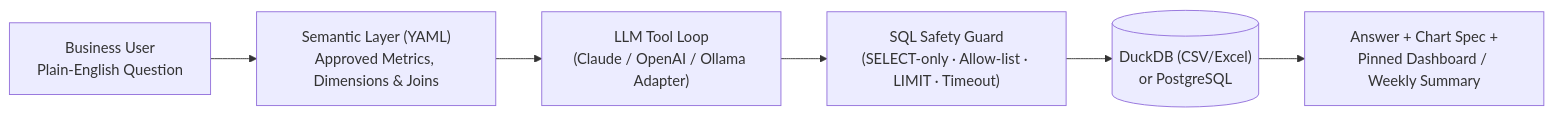
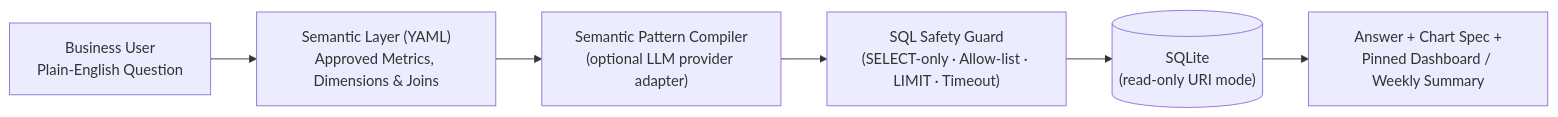
The diagram in products/bi-operations-agent/README.md (ikebude/ai-ml-data-engineering), drawn with Mermaid before and after one commit. The commit also changed other lines of this file and 5 other files, not shown here.

````diff
--- a/products/bi-operations-agent/README.md
+++ b/products/bi-operations-agent/README.md
@@ -23,8 +23,8 @@
 ```mermaid
 flowchart LR
     U["Business User<br/>Plain-English Question"] --> SL["Semantic Layer (YAML)<br/>Approved Metrics, Dimensions & Joins"]
-    SL --> LLM["LLM Tool Loop<br/>(Claude / OpenAI / Ollama Adapter)"]
+    SL --> LLM["Semantic Pattern Compiler<br/>(optional LLM provider adapter)"]
     LLM --> Guard["SQL Safety Guard<br/>(SELECT-only · Allow-list · LIMIT · Timeout)"]
-    Guard --> Engine[("DuckDB (CSV/Excel)<br/>or PostgreSQL")]
+    Guard --> Engine[("SQLite<br/>(read-only URI mode)")]
     Engine --> Out["Answer + Chart Spec +<br/>Pinned Dashboard / Weekly Summary"]
 ```
````
